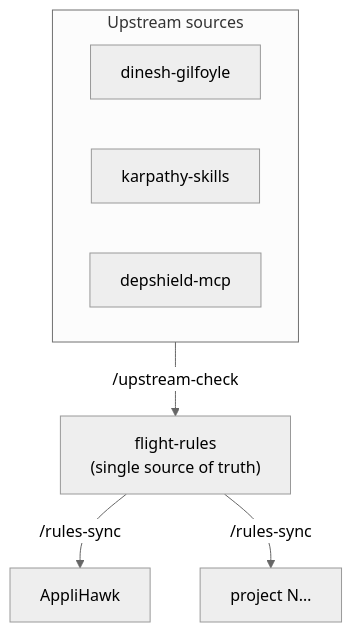
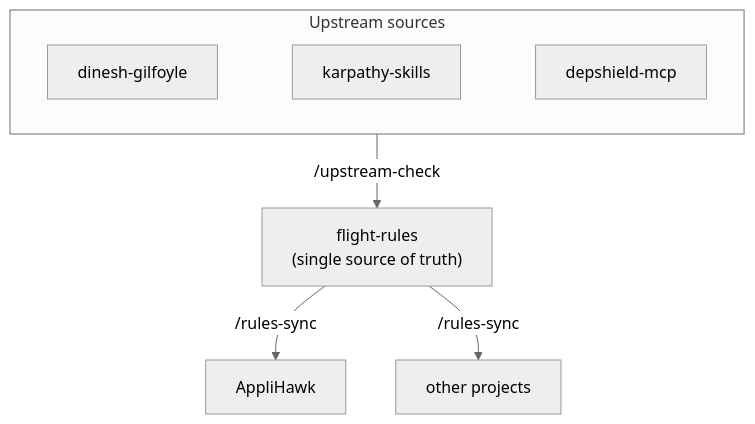
One commit to mkb3nigma/flight-rules changed the diagram in README.md. Above: the diagram before and after it, drawn with Mermaid (neutral theme).

Commit message:
docs: lay out source nodes horizontally; clarify 'other projects'
- Invisible links (~~~) force the three upstream-source nodes into a
  horizontal row under direction LR (disconnected nodes wouldn't align
  otherwise)
- Rename the vague 'project N…' consumer node to 'other projects'

Claude-Session: https://claude.ai/code/session_01FV2SwFvWGZuJKjfmCf5tBU

````diff
--- a/README.md
+++ b/README.md
@@ -25,12 +25,10 @@
 ```mermaid
 flowchart TB
     subgraph sources["Upstream sources"]
         direction LR
-        S1["dinesh-gilfoyle"]
-        S2["karpathy-skills"]
-        S3["depshield-mcp"]
+        S1["dinesh-gilfoyle"] ~~~ S2["karpathy-skills"] ~~~ S3["depshield-mcp"]
     end
     sources -- "/upstream-check" --> FR["flight-rules<br/>(single source of truth)"]
     FR -- "/rules-sync" --> P1["AppliHawk"]
-    FR -- "/rules-sync" --> P2["project N…"]
+    FR -- "/rules-sync" --> P2["other projects"]
 ```
````
